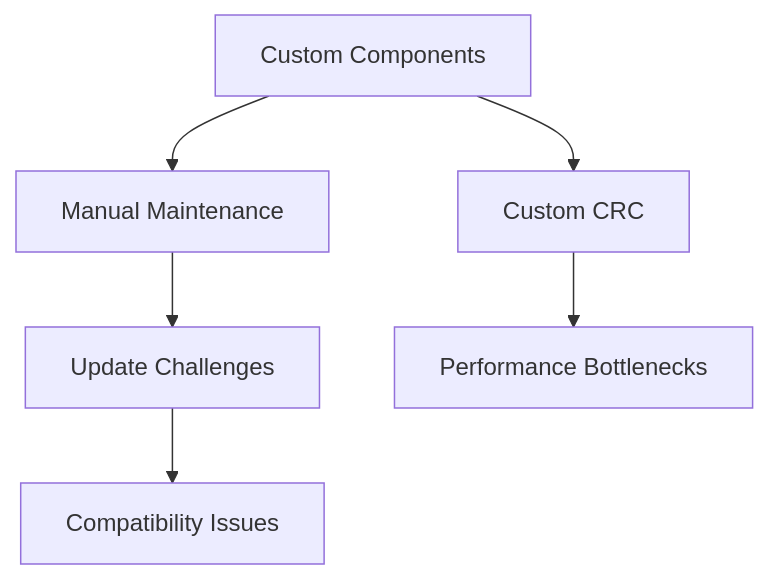
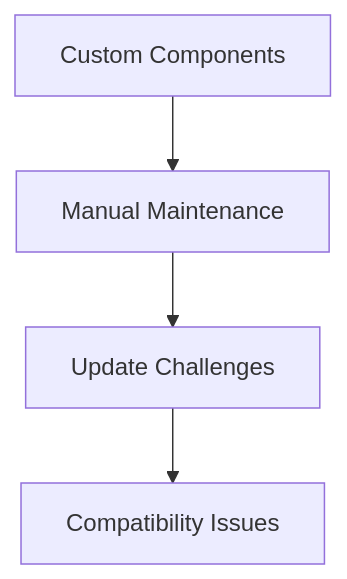
The first of 2 diagrams in firmware/deye-site/esphome/ESPHOME_2026_MIGRATION_COMPLETE.md (mikaabra/pylontech-bms-mqtt), drawn with Mermaid before and after one commit. The commit also changed other lines of this file, not shown here.

First line of the commit message:
docs: correct migration doc — RS485 uses sum complement, not CRC16

````diff
--- a/firmware/deye-site/esphome/ESPHOME_2026_MIGRATION_COMPLETE.md
+++ b/firmware/deye-site/esphome/ESPHOME_2026_MIGRATION_COMPLETE.md
@@ -213,8 +210,6 @@
 ```mermaid
 graph TD
     A[Custom Components] --> B[Manual Maintenance]
     B --> C[Update Challenges]
     C --> D[Compatibility Issues]
-    A --> E[Custom CRC]
-    E --> F[Performance Bottlenecks]
 ```
````
